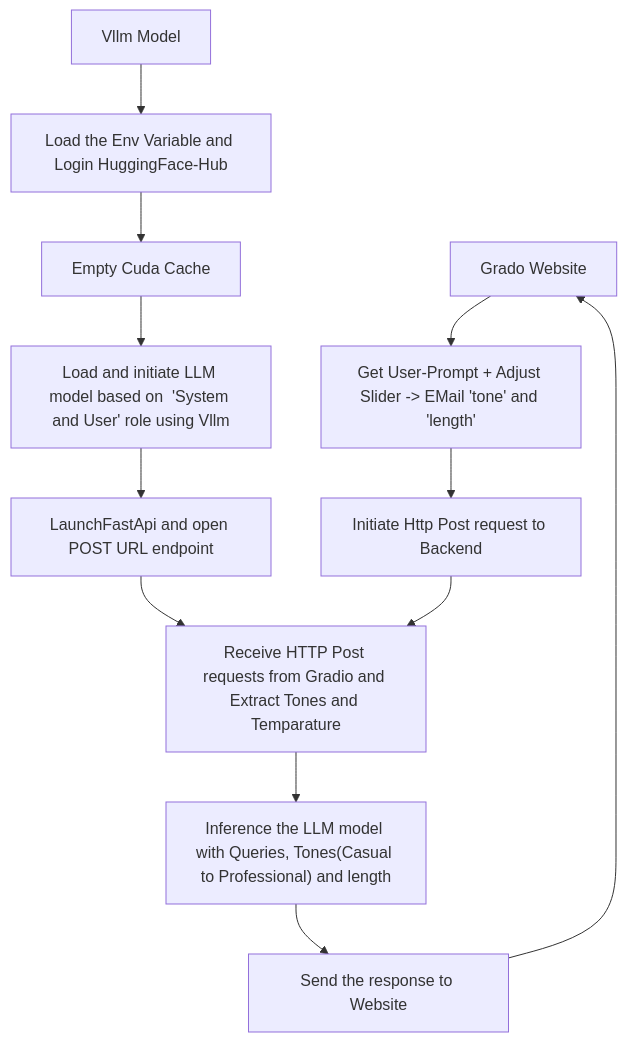
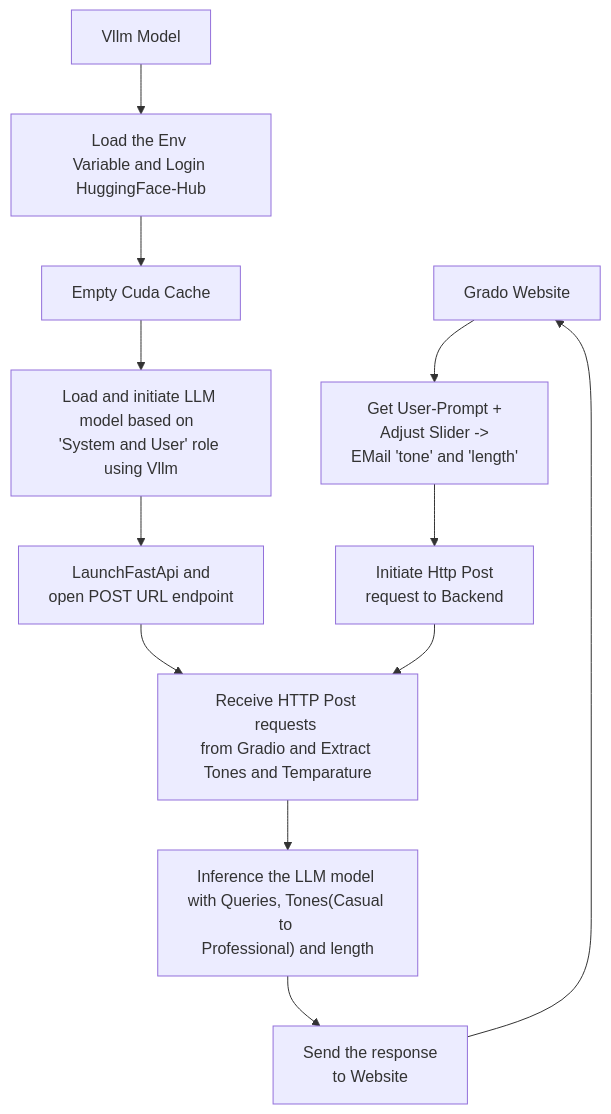
Before and after one commit to NiazMahmud2001/VLLM-Email-Writer: the diagram in README.md, drawn with Mermaid.

````diff
--- a/README.md
+++ b/README.md
@@ -77,18 +77,18 @@
 ```mermaid
 graph TD
     A["Grado Website"]
-    A --> B["Get User-Prompt + Adjust Slider -> EMail 'tone' and 'length'"]
-    B --> C["Initiate Http Post request to Backend"]
+    A --> B["Get User-Prompt + <br>Adjust Slider -> <br>EMail 'tone' and 'length'"]
+    B --> C["Initiate Http Post <br>request to Backend"]
 
     D["Vllm Model"]
-    D --> E["Load the Env Variable and Login HuggingFace-Hub"]
+    D --> E["Load the Env <br>Variable and Login HuggingFace-Hub"]
     E --> F["Empty Cuda Cache"]
-    F --> G["Load and initiate LLM model based on  'System and User' role using Vllm"]
-    G --> H["LaunchFastApi and open POST URL endpoint"]      
-    H --> I["Receive HTTP Post requests from Gradio and Extract Tones and Temparature"]
+    F --> G["Load and initiate LLM <br>model based on  <br>'System and User' role using Vllm"]
+    G --> H["LaunchFastApi and <br>open POST URL endpoint"]      
+    H --> I["Receive HTTP Post requests <br>from Gradio and Extract <br>Tones and Temparature"]
     C --> I
 
-    I --> J["Inference the LLM model with Queries, Tones(Casual to Professional) and length"]
-    J --> K["Send the response to Website"]
+    I --> J["Inference the LLM model <br>with Queries, Tones(Casual to <br>Professional) and length"]
+    J --> K["Send the response <br>to Website"]
     K --> A
 ```
````
